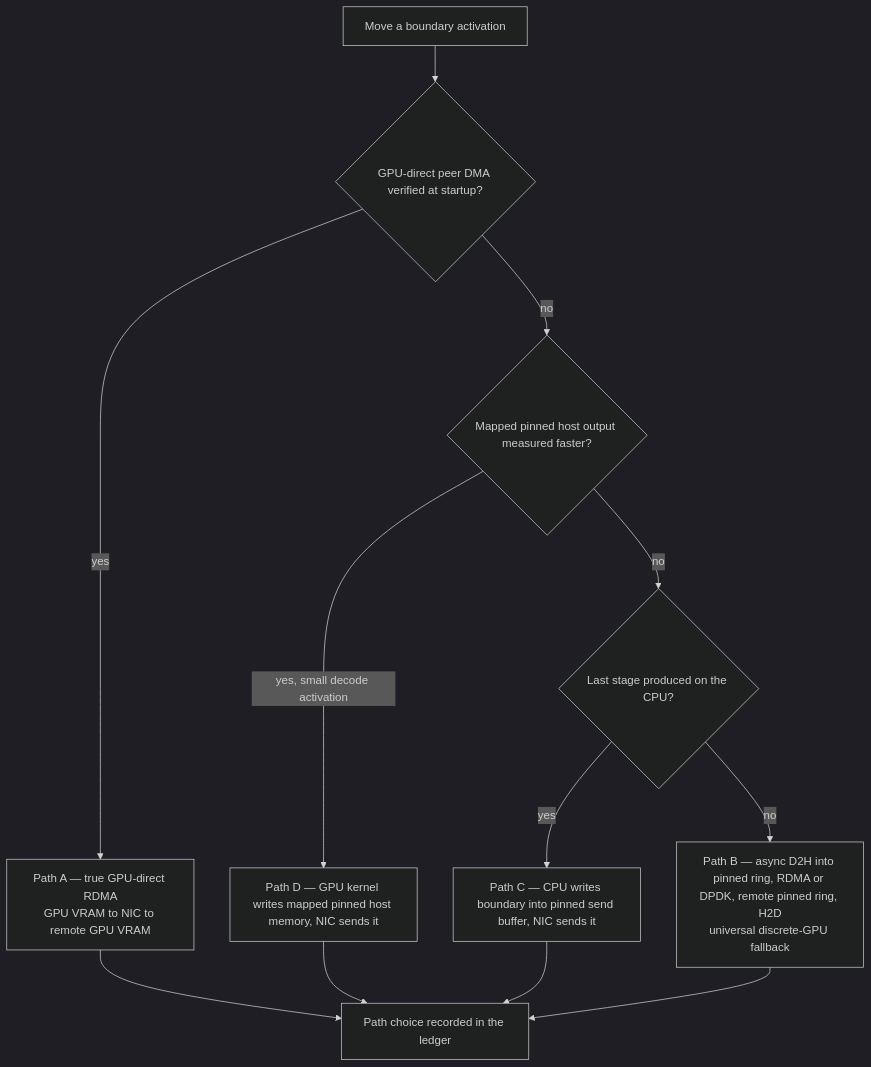
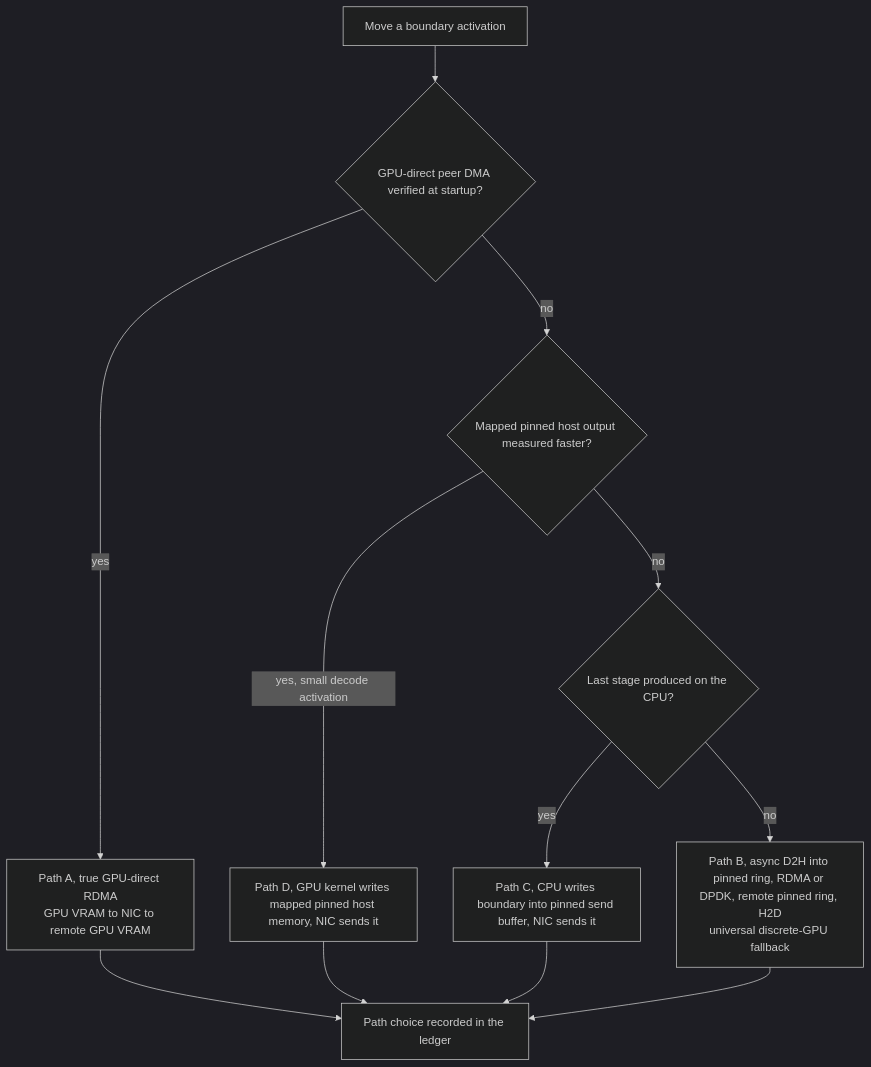
Before and after one commit to dacely-cloud/nerva: the eighth of 8 diagrams in README.md, drawn with Mermaid (dark theme). The commit also changed other lines of this file, not shown here.

````diff
--- a/README.md
+++ b/README.md
@@ -299,14 +311,14 @@
 ```mermaid
 flowchart TB
     START["Move a boundary activation"] --> CAP{"GPU-direct peer DMA verified at startup?"}
-    CAP -->|yes| A["Path A — true GPU-direct RDMA<br/>GPU VRAM to NIC to remote GPU VRAM"]
+    CAP -->|yes| A["Path A, true GPU-direct RDMA<br/>GPU VRAM to NIC to remote GPU VRAM"]
     CAP -->|no| MAP{"Mapped pinned host output measured faster?"}
-    MAP -->|yes, small decode activation| Dp["Path D — GPU kernel writes mapped pinned host memory, NIC sends it"]
+    MAP -->|yes, small decode activation| Dp["Path D, GPU kernel writes mapped pinned host memory, NIC sends it"]
     MAP -->|no| LAST{"Last stage produced on the CPU?"}
-    LAST -->|yes| Cp["Path C — CPU writes boundary into pinned send buffer, NIC sends it"]
-    LAST -->|no| B["Path B — async D2H into pinned ring, RDMA or DPDK, remote pinned ring, H2D<br/>universal discrete-GPU fallback"]
+    LAST -->|yes| Cp["Path C, CPU writes boundary into pinned send buffer, NIC sends it"]
+    LAST -->|no| B["Path B, async D2H into pinned ring, RDMA or DPDK, remote pinned ring, H2D<br/>universal discrete-GPU fallback"]
     A --> LEDGER["Path choice recorded in the ledger"]
     Dp --> LEDGER
     Cp --> LEDGER
     B --> LEDGER
 ```
````
